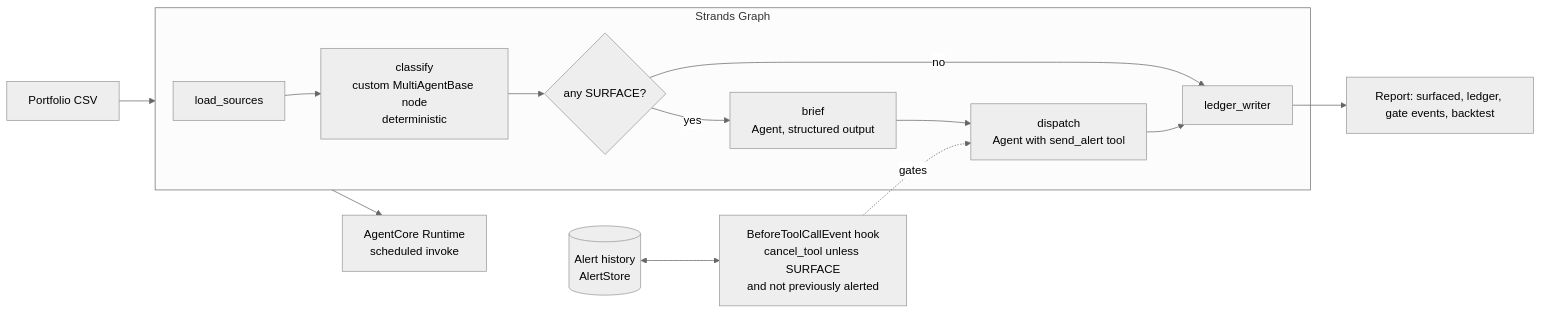
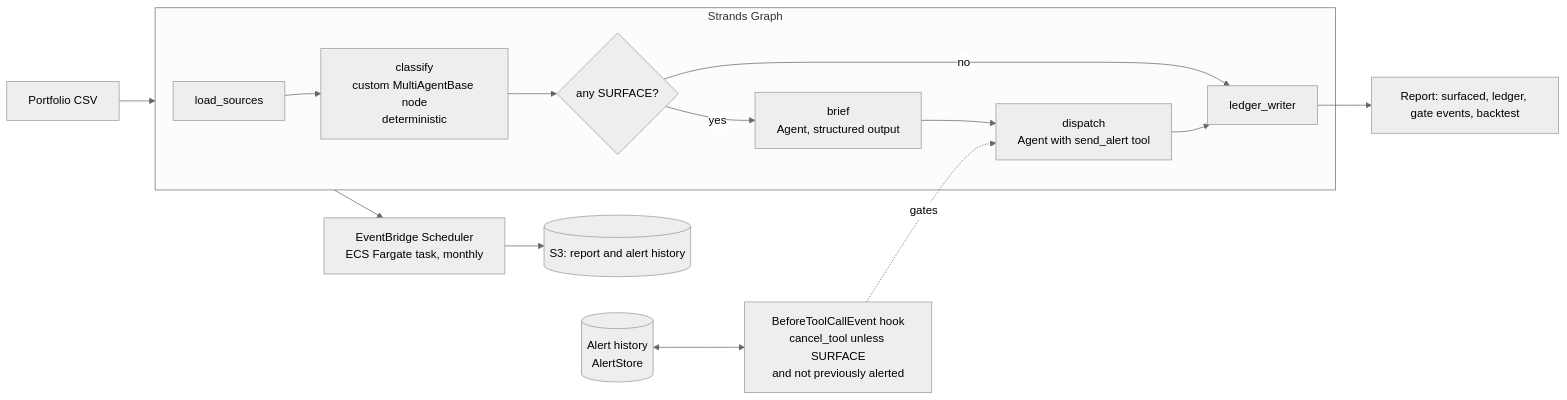
Before and after one commit to sneg55/kizashi: the diagram in README.md, drawn with Mermaid (neutral theme). The commit also changed other lines of this file and 2 other files, not shown here.

Commit message:
Document the scheduled Fargate sweep and the delivery channel

````diff
--- a/README.md
+++ b/README.md
@@ -34,16 +34,17 @@
 ```mermaid
 flowchart LR
   P[Portfolio CSV] --> G
   subgraph G[Strands Graph]
     A[load_sources] --> B[classify<br/>custom MultiAgentBase node<br/>deterministic]
     B --> C{any SURFACE?}
     C -- no --> L[ledger_writer]
     C -- yes --> D[brief<br/>Agent, structured output]
     D --> E[dispatch<br/>Agent with send_alert tool]
     E --> L
   end
   H[BeforeToolCallEvent hook<br/>cancel_tool unless SURFACE<br/>and not previously alerted] -. gates .-> E
   M[(Alert history<br/>AlertStore)] <--> H
   L --> R[Report: surfaced, ledger, gate events, backtest]
-  G --> RT[AgentCore Runtime<br/>scheduled invoke]
+  G --> RT[EventBridge Scheduler<br/>ECS Fargate task, monthly]
+  RT --> S3[(S3: report and alert history)]
 ```
````
